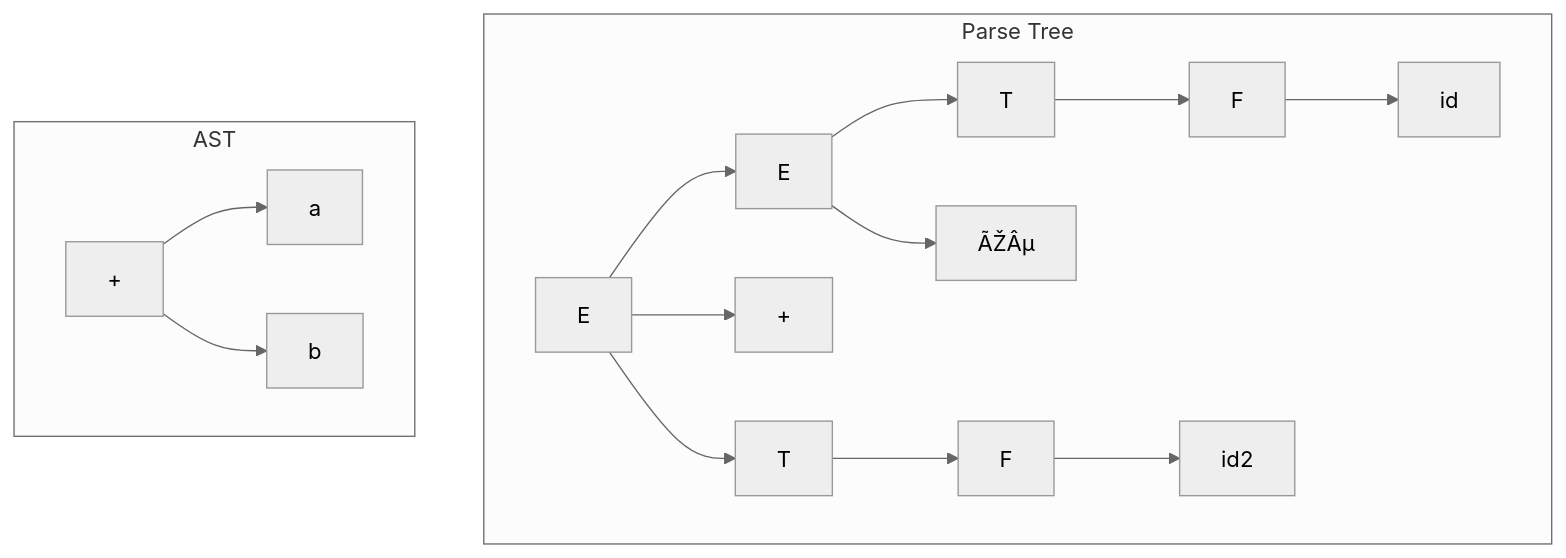
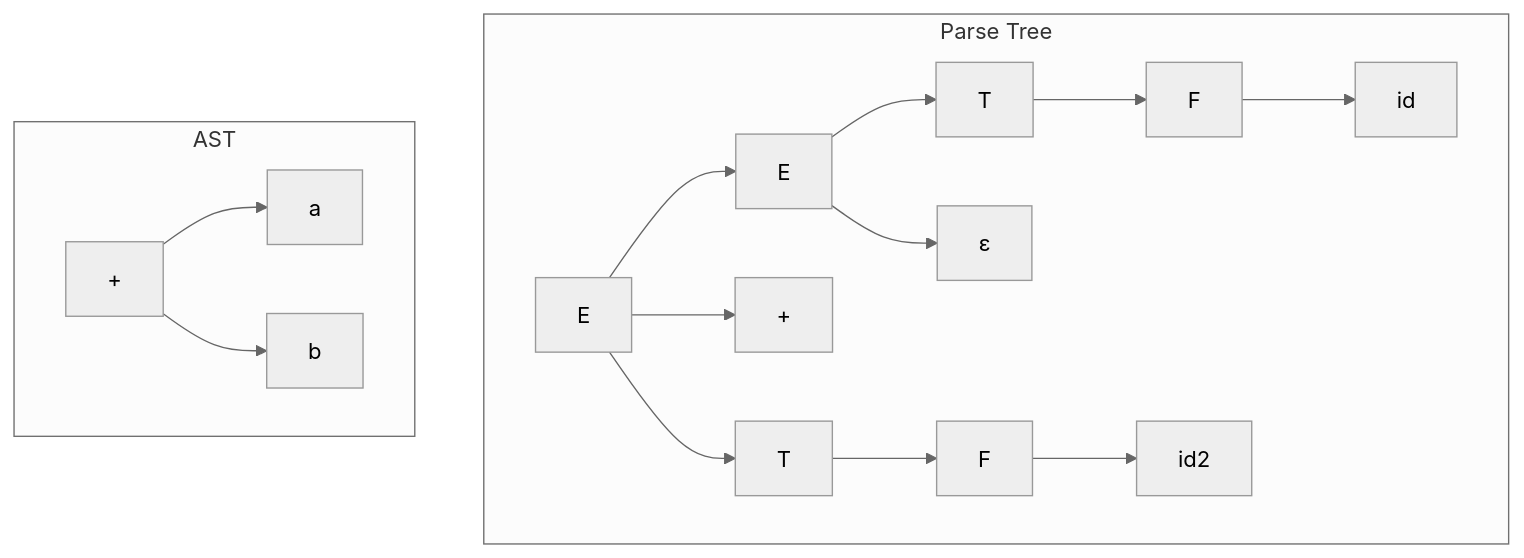
The fifth of 7 diagrams in docs/courses/gate-cs-preparation/24-gate-2024-solved.md (Raushan666java/ai-engineering-journey), drawn with Mermaid (neutral theme) before and after one commit. The commit also changed other lines of this file and 965 other files, not shown here.

````diff
--- a/docs/courses/gate-cs-preparation/24-gate-2024-solved.md
+++ b/docs/courses/gate-cs-preparation/24-gate-2024-solved.md
@@ -1623,18 +1623,18 @@
 ```mermaid
 graph TD
     subgraph "Parse Tree"
         E1[E] --> E2[E]
         E1 --> PLUS[+]
         E1 --> T1[T]
         E2 --> T2[T]
-        E2 --> E3[ÃŽÂµ]
+        E2 --> E3[ε]
         T2 --> F[F]
         F --> id1[id]
         T1 --> F1[F]
         F1 --> id2[id2]
     end
     subgraph "AST"
         PLUS1[+] --> id3[a]
         PLUS1 --> id4[b]
     end
 ```
````
